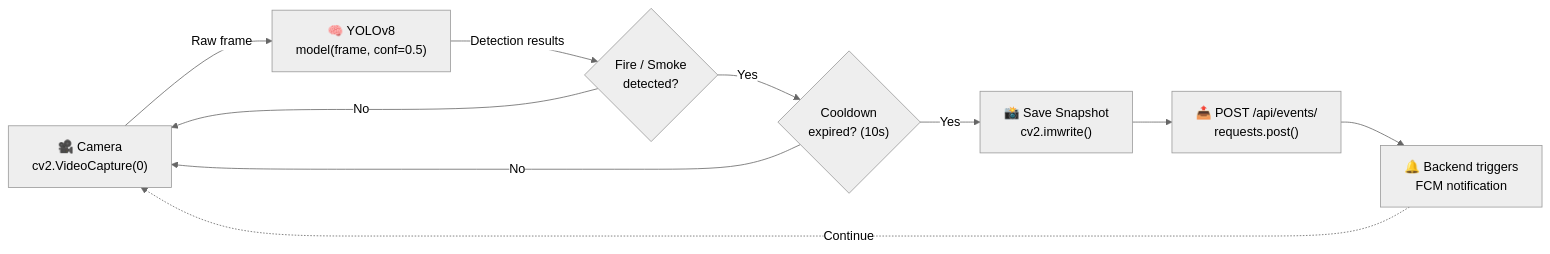
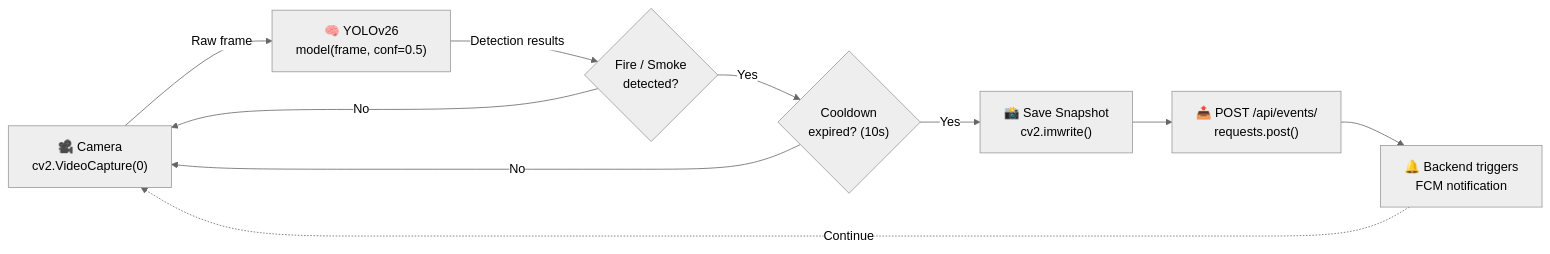
One commit to mostafaabdoelgohary2003AI/fireguard-graduation-project changed the first of 4 diagrams in docs/ai_pipeline.md. Above: the diagram before and after it, drawn with Mermaid (neutral theme). The commit also changed other lines of this file, not shown here.

Commit message:
Update AI detection pipeline to use YOLOv26

````diff
--- a/docs/ai_pipeline.md
+++ b/docs/ai_pipeline.md
@@ -11,12 +11,12 @@
 ```mermaid
 flowchart LR
-    A["🎥 Camera<br/>cv2.VideoCapture(0)"] -->|Raw frame| B["🧠 YOLOv8<br/>model(frame, conf=0.5)"]
+    A["🎥 Camera<br/>cv2.VideoCapture(0)"] -->|Raw frame| B["🧠 YOLOv26<br/>model(frame, conf=0.5)"]
     B -->|Detection results| C{"Fire / Smoke<br/>detected?"}
     C -->|No| A
     C -->|Yes| D{"Cooldown<br/>expired? (10s)"}
     D -->|No| A
     D -->|Yes| E["📸 Save Snapshot<br/>cv2.imwrite()"]
     E --> F["📤 POST /api/events/<br/>requests.post()"]
     F --> G["🔔 Backend triggers<br/>FCM notification"]
     G -.->|Continue| A
 ```
````
